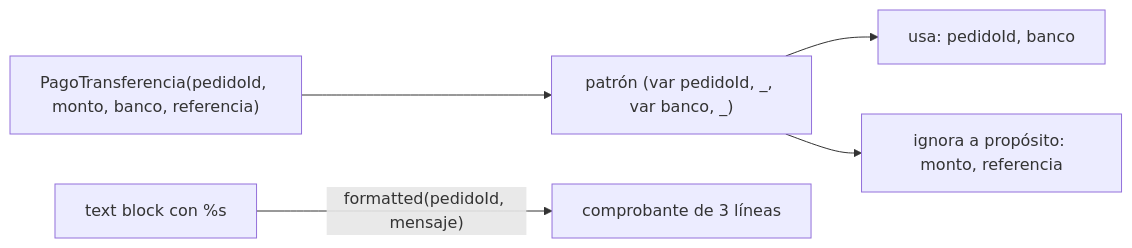
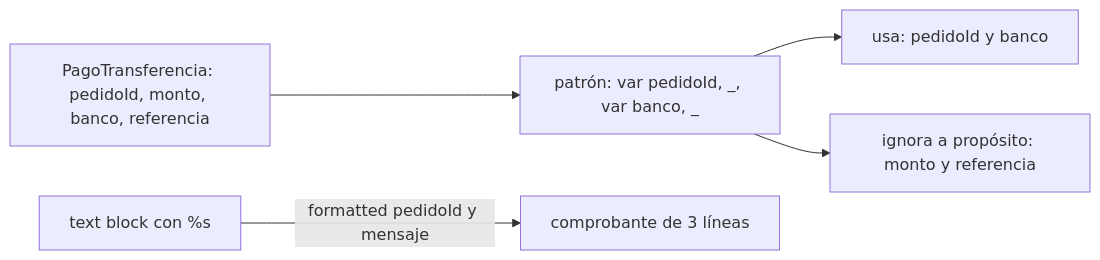
The third of 3 diagrams in web/public/content/java/modulo-7.md (NICORUIZ93/The_Imperial_Book), drawn with Mermaid before and after one commit. The commit also changed other lines of this file and 65 other files, not shown here.

````diff
--- a/web/public/content/java/modulo-7.md
+++ b/web/public/content/java/modulo-7.md
@@ -755,7 +1013,7 @@
 ```mermaid
 flowchart LR
-  R["PagoTransferencia(pedidoId, monto, banco, referencia)"] --> P["patrón (var pedidoId, _, var banco, _)"]
-  P --> U["usa: pedidoId, banco"]
-  P --> I["ignora a propósito: monto, referencia"]
-  T["text block con %s"] -->|"formatted(pedidoId, mensaje)"| S["comprobante de 3 líneas"]
+  R["PagoTransferencia: pedidoId, monto, banco, referencia"] --> P["patrón: var pedidoId, _, var banco, _"]
+  P --> U["usa: pedidoId y banco"]
+  P --> I["ignora a propósito: monto y referencia"]
+  T["text block con %s"] -->|"formatted pedidoId y mensaje"| S["comprobante de 3 líneas"]
 ```
````
